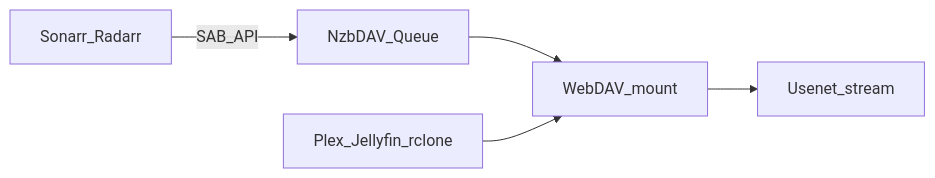
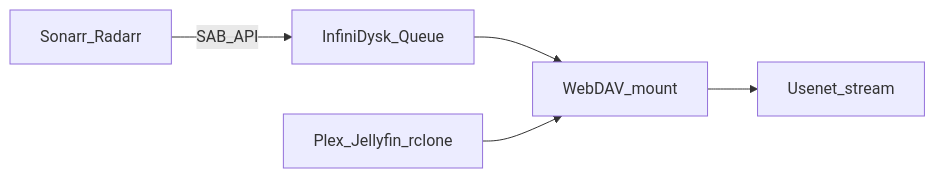
Before and after one commit to infinidysk/infinidysk: the diagram in docs/index.md, drawn with Mermaid. The commit also changed other lines of this file and 72 other files, not shown here.

First line of the commit message:
feat: introduce InfiniDysk pre-move branding

````diff
--- a/docs/index.md
+++ b/docs/index.md
@@ -39,7 +47,7 @@
 ```mermaid
 flowchart LR
-  Arr[Sonarr_Radarr] -->|SAB_API| Queue[NzbDAV_Queue]
+  Arr[Sonarr_Radarr] -->|SAB_API| Queue[InfiniDysk_Queue]
   Queue --> Mount[WebDAV_mount]
   Mount --> Stream[Usenet_stream]
   Player[Plex_Jellyfin_rclone] --> Mount
 ```
````
